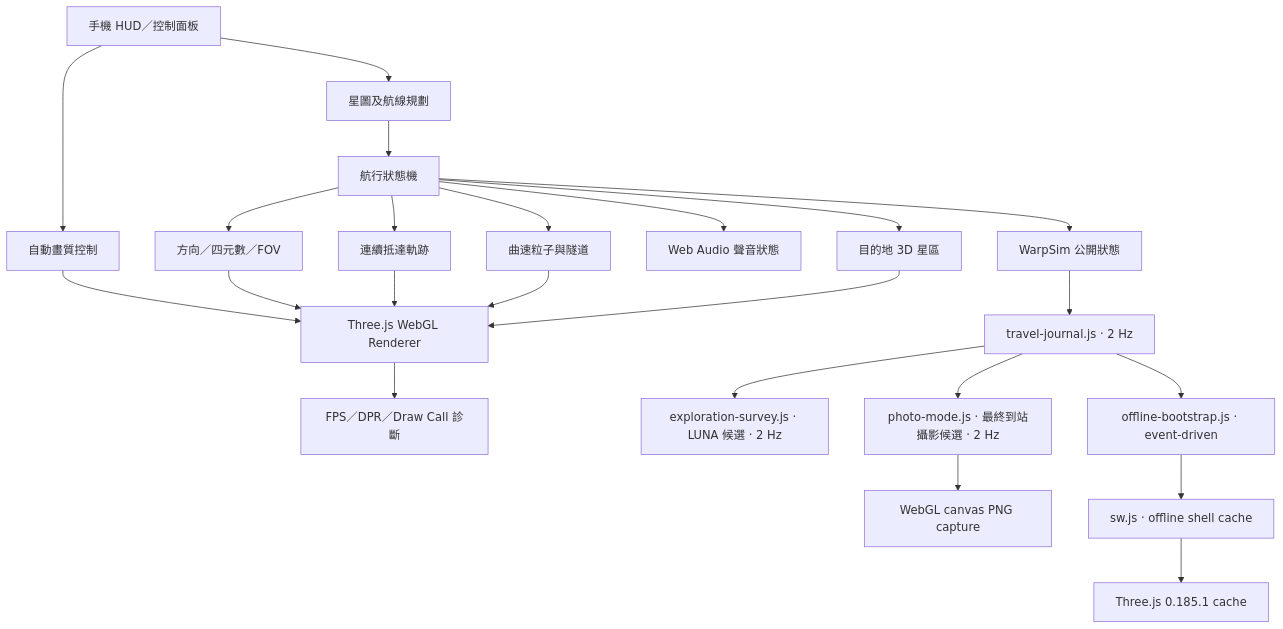
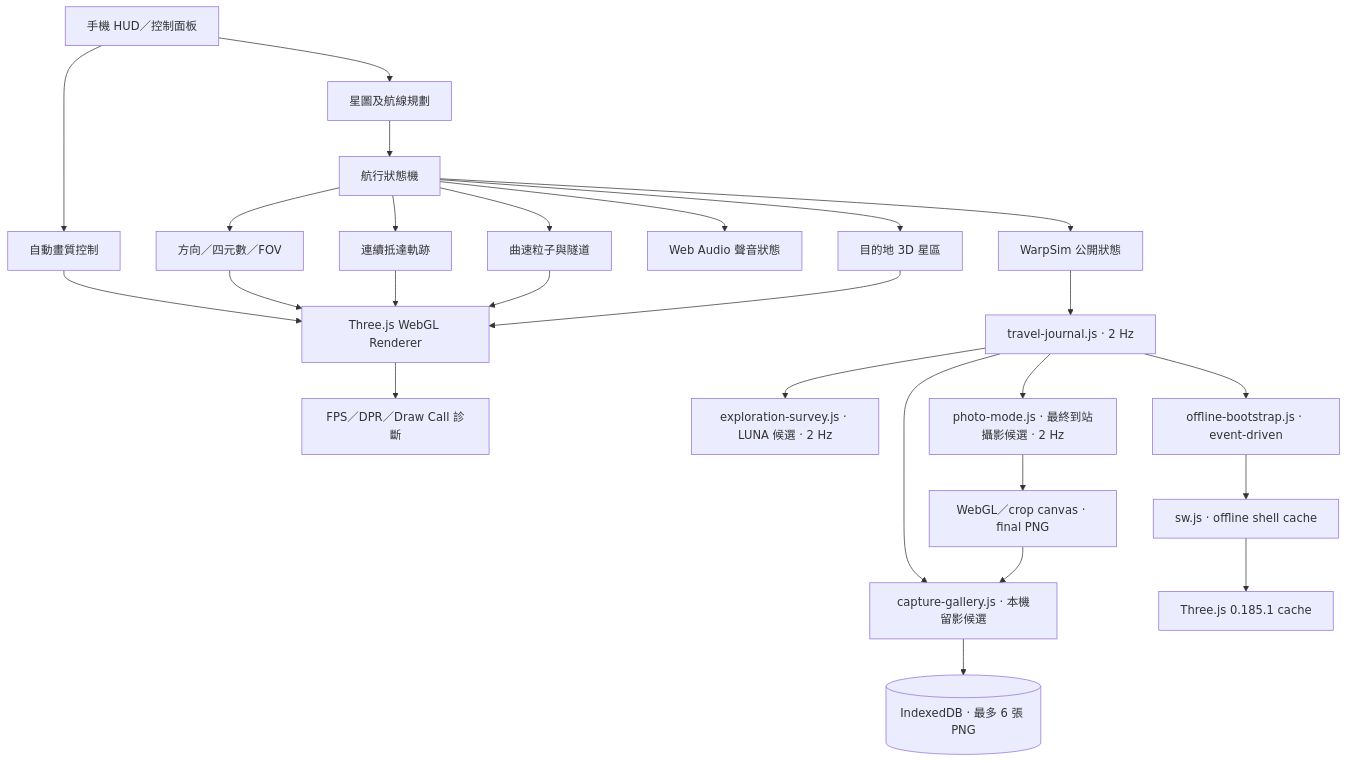
One commit to kenchan-pixel/stellar-wrap changed the diagram in docs/ARCHITECTURE.md. Above: the diagram before and after it, drawn with Mermaid. The commit also changed other lines of this file and 3 other files, not shown here.

Commit message:
close Capture Gallery integrity and validation

````diff
--- a/docs/ARCHITECTURE.md
+++ b/docs/ARCHITECTURE.md
@@ -20,25 +20,28 @@
 ```mermaid
 flowchart TD
     UI[手機 HUD／控制面板] --> NAV[星圖及航線規劃]
     NAV --> FSM[航行狀態機]
     FSM --> CAMERA[方向／四元數／FOV]
     FSM --> ARRIVAL[連續抵達軌跡]
     FSM --> FX[曲速粒子與隧道]
     FSM --> SYSTEM[目的地 3D 星區]
     FSM --> AUDIO[Web Audio 聲音狀態]
     PERF[自動畫質控制] --> RENDER[Three.js WebGL Renderer]
     CAMERA --> RENDER
     ARRIVAL --> RENDER
     FX --> RENDER
     SYSTEM --> RENDER
     UI --> PERF
     RENDER --> DIAG[FPS／DPR／Draw Call 診斷]
     FSM --> API[WarpSim 公開狀態]
     API --> JOURNAL[travel-journal.js · 2 Hz]
     JOURNAL --> SURVEY[exploration-survey.js · LUNA 候選 · 2 Hz]
     JOURNAL --> PHOTO[photo-mode.js · 最終到站攝影候選 · 2 Hz]
+    JOURNAL --> GALLERY[capture-gallery.js · 本機留影候選]
     JOURNAL --> OFFLINE[offline-bootstrap.js · event-driven]
-    PHOTO --> CANVAS[WebGL canvas PNG capture]
+    PHOTO --> CANVAS[WebGL／crop canvas · final PNG]
+    CANVAS --> GALLERY
+    GALLERY --> IDB[(IndexedDB · 最多 6 張 PNG)]
     OFFLINE --> SW[sw.js · offline shell cache]
     SW --> CDN[Three.js 0.185.1 cache]
 ```
````
